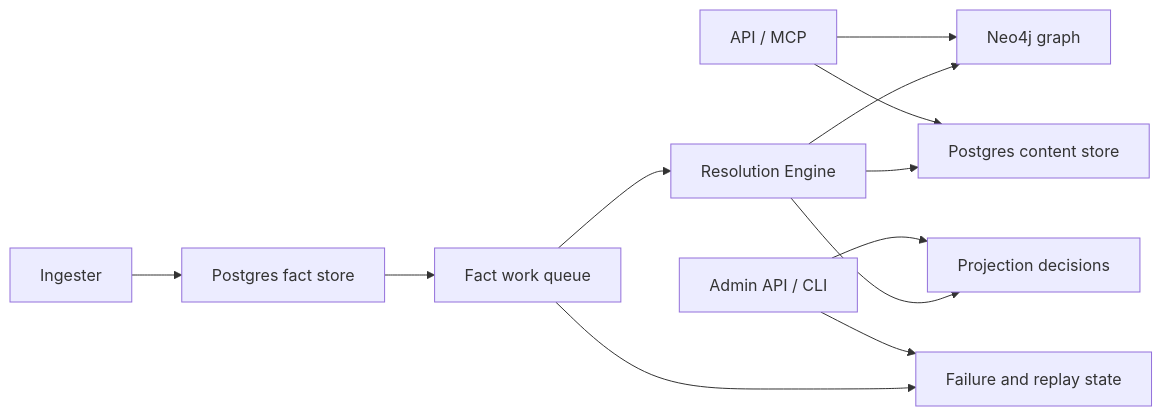
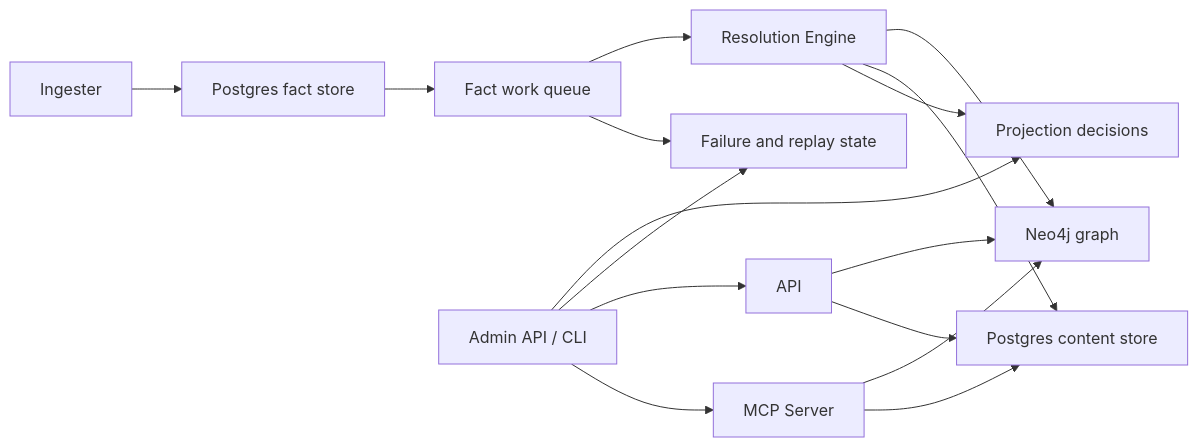
Before and after one commit to platformcontext/platform-context-graph: the diagram in docs/docs/reference/telemetry/index.md, drawn with Mermaid. The commit also changed other lines of this file and 2285 other files, not shown here.

````diff
--- a/docs/docs/reference/telemetry/index.md
+++ b/docs/docs/reference/telemetry/index.md
@@ -25,14 +42,18 @@
 ```mermaid
 flowchart LR
   A["Ingester"] --> B["Postgres fact store"]
   B --> C["Fact work queue"]
   C --> D["Resolution Engine"]
   D --> E["Neo4j graph"]
   D --> F["Postgres content store"]
   D --> G["Projection decisions"]
   C --> H["Failure and replay state"]
-  I["API / MCP"] --> E
+  I["API"] --> E
   I --> F
-  J["Admin API / CLI"] --> G
-  J --> H
+  J["MCP Server"] --> E
+  J --> F
+  K["Admin API / CLI"] --> G
+  K --> H
+  K --> I
+  K --> J
 ```
````
